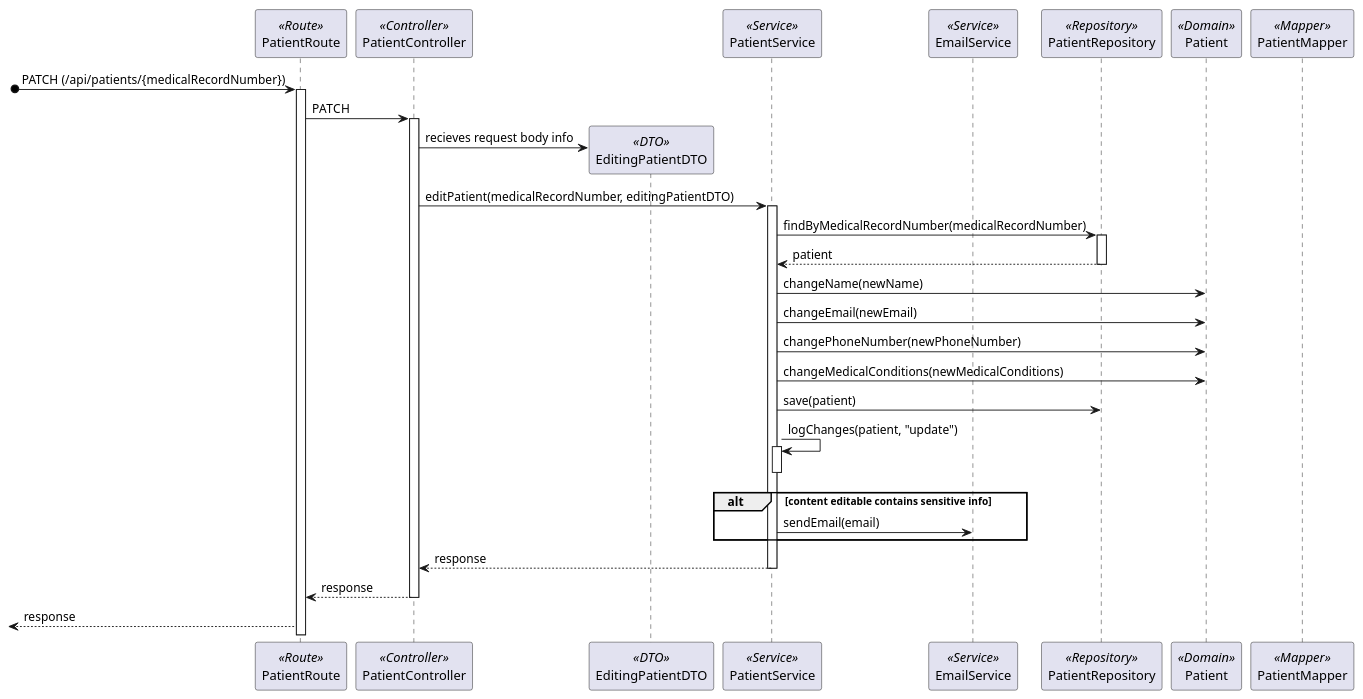
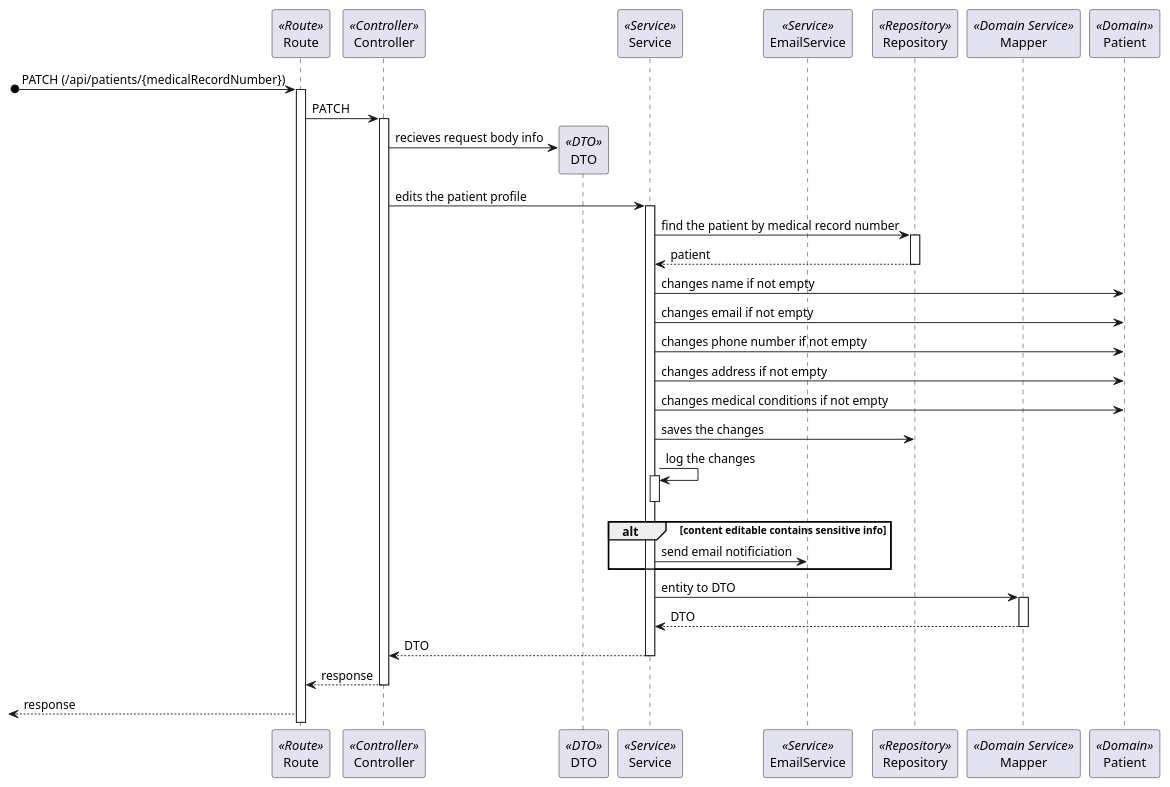
Before and after one commit to Rodrick0209/ISEP-SEM5PI-24-25: the diagram in docs/Sprint_1/US_5.1.9/L3/Process_View.puml, drawn with PlantUML. The commit also changed 19 other files, not shown here.

```diff
--- a/docs/Sprint_1/US_5.1.9/L3/Process_View.puml
+++ b/docs/Sprint_1/US_5.1.9/L3/Process_View.puml
@@ -2,35 +2,39 @@
 @startuml Process_View
-participant PatientRoute as Route <<Route>>
-participant PatientController as Controller <<Controller>>
-participant EditingPatientDTO as DTO <<DTO>>
-participant PatientService as Service <<Service>>
+participant Route as Route <<Route>>
+participant Controller as Controller <<Controller>>
+participant DTO as DTO <<DTO>>
+participant Service as Service <<Service>>
 participant EmailService as EmailService <<Service>>
-participant PatientRepository as Repository <<Repository>>
+participant Repository as Repository <<Repository>>
+participant Mapper as Mapper <<Domain Service>>
 participant Patient as Domain <<Domain>>
-participant PatientMapper as Mapper <<Mapper>>
 [o-> Route: PATCH (/api/patients/{medicalRecordNumber})
 activate Route
 Route -> Controller : PATCH
 activate Controller
 Controller -> DTO** : recieves request body info
-Controller -> Service : editPatient(medicalRecordNumber, editingPatientDTO)
+Controller -> Service : edits the patient profile
 activate Service
-Service -> Repository : findByMedicalRecordNumber(medicalRecordNumber)
+Service -> Repository : find the patient by medical record number
 activate Repository
 return patient
-Service -> Domain : changeName(newName)
-Service -> Domain : changeEmail(newEmail)
-Service -> Domain : changePhoneNumber(newPhoneNumber)
-Service -> Domain : changeMedicalConditions(newMedicalConditions)
-Service -> Repository : save(patient)
-Service -> Service : logChanges(patient, "update")
+Service -> Domain : changes name if not empty
+Service -> Domain : changes email if not empty
+Service -> Domain : changes phone number if not empty
+Service -> Domain : changes address if not empty
+Service -> Domain : changes medical conditions if not empty
+Service -> Repository : saves the changes
+Service -> Service : log the changes
 activate Service
 deactivate Service
 alt content editable contains sensitive info
-    Service -> EmailService : sendEmail(email)
+    Service -> EmailService : send email notificiation
 end
-return response
+Service -> Mapper : entity to DTO
+activate Mapper
+return DTO
+return DTO
 return response
 <-- Route : response
 
 @enduml
```
